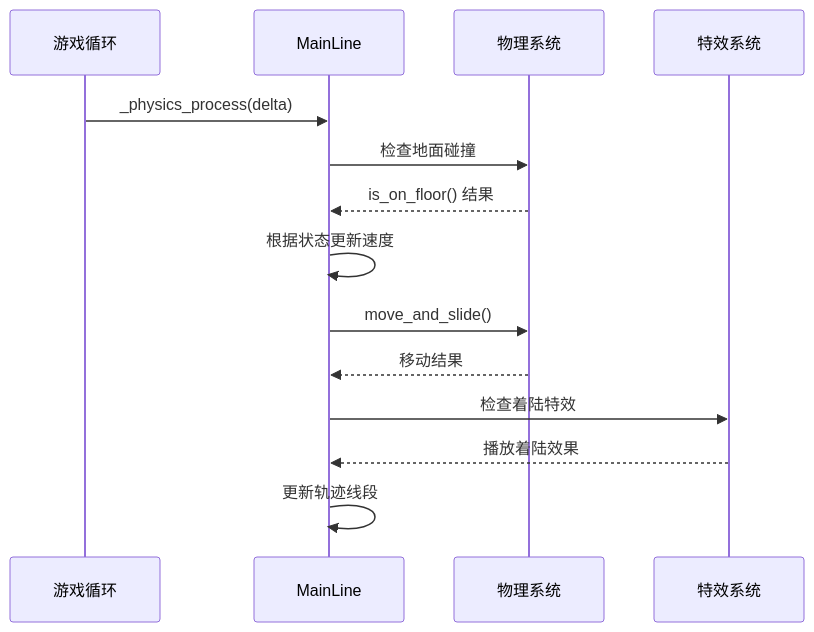
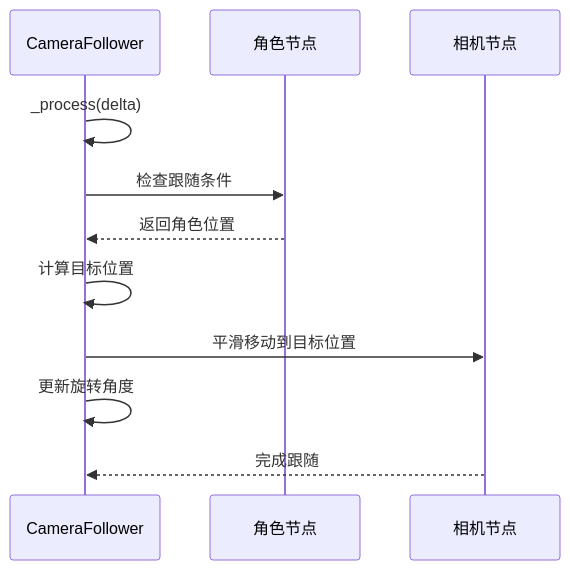
One commit to godotline/godot-line changed the sixth of 11 diagrams in .qoder/repowiki/zh/content/Game Manager.md. Above: the diagram before and after it, drawn with Mermaid. The commit also changed other lines of this file and 13 other files, not shown here.

````diff
--- a/.qoder/repowiki/zh/content/Game Manager.md
+++ b/.qoder/repowiki/zh/content/Game Manager.md
@@ -314,16 +271,13 @@
 ```mermaid
 sequenceDiagram
-participant Game as 游戏循环
-participant ML as MainLine
-participant Physics as 物理系统
-participant Effects as 特效系统
-Game->>ML : _physics_process(delta)
-ML->>Physics : 检查地面碰撞
-Physics-->>ML : is_on_floor() 结果
-ML->>ML : 根据状态更新速度
-ML->>Physics : move_and_slide()
-Physics-->>ML : 移动结果
-ML->>Effects : 检查着陆特效
-Effects-->>ML : 播放着陆效果
-ML->>ML : 更新轨迹线段
+participant CF as CameraFollower
+participant Line as 角色节点
+participant Camera as 相机节点
+CF->>CF : _process(delta)
+CF->>Line : 检查跟随条件
+Line-->>CF : 返回角色位置
+CF->>CF : 计算目标位置
+CF->>Camera : 平滑移动到目标位置
+CF->>CF : 更新旋转角度
+Camera-->>CF : 完成跟随
 ```
````
